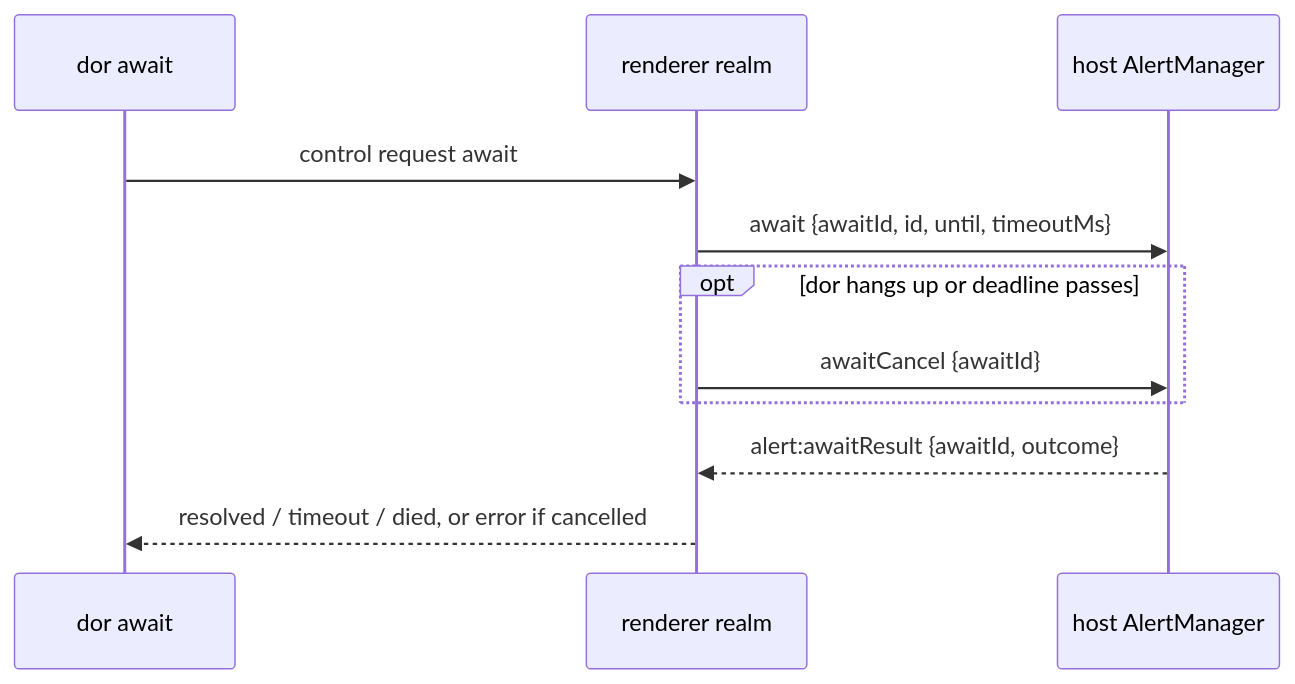
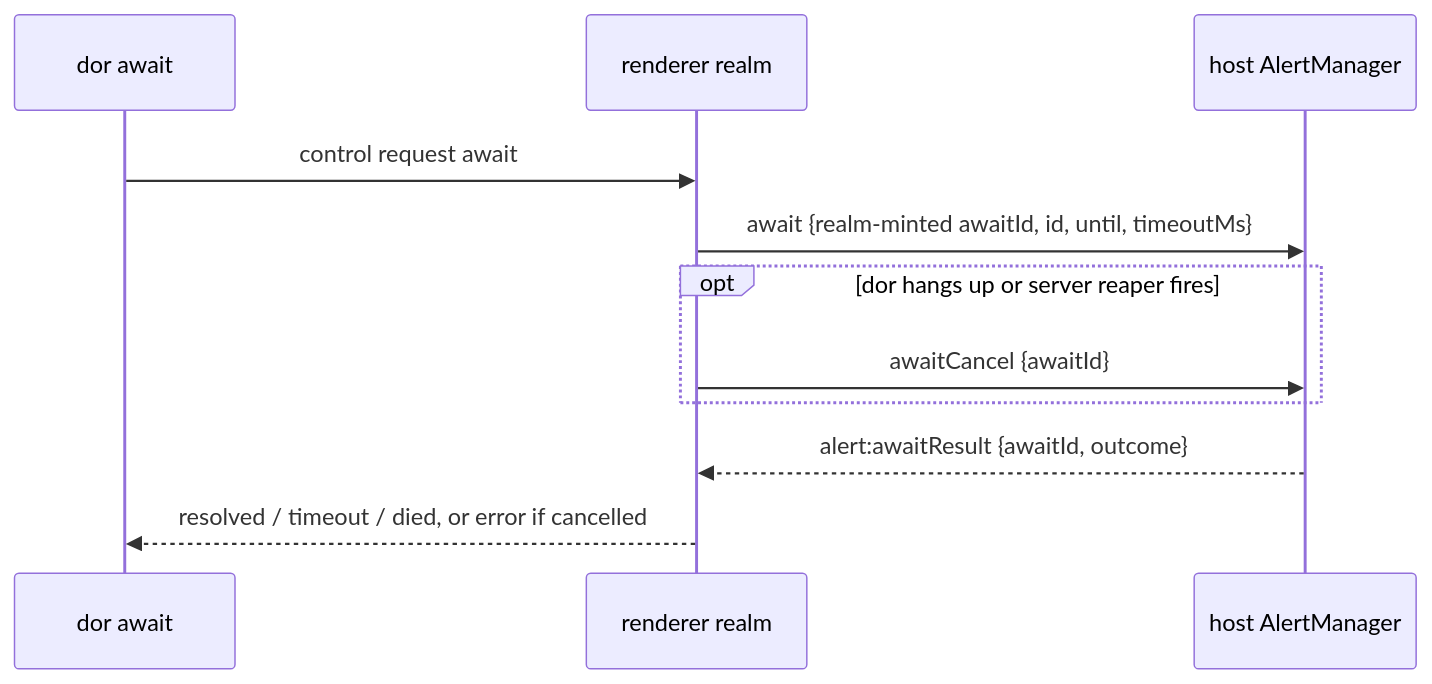
The diagram in docs/specs/alert.md (diffplug/dormouse), drawn with Mermaid before and after one commit.

Commit message:
alert: review fixes to the await diagram
Fixes c960d3952:
- The cancel's trigger is the control server's reaper, not the host's own
  timeoutMs ceiling: "deadline passes" -> "server reaper fires".
- Restore who mints the id: "realm-minted awaitId".

````diff
--- a/docs/specs/alert.md
+++ b/docs/specs/alert.md
@@ -169,13 +169,13 @@
 ```mermaid
 sequenceDiagram
   participant D as dor await
   participant R as renderer realm
   participant H as host AlertManager
   D->>R: control request await
-  R->>H: await {awaitId, id, until, timeoutMs}
-  opt dor hangs up or deadline passes
+  R->>H: await {realm-minted awaitId, id, until, timeoutMs}
+  opt dor hangs up or server reaper fires
     R->>H: awaitCancel {awaitId}
   end
   H-->>R: alert:awaitResult {awaitId, outcome}
   R-->>D: resolved / timeout / died, or error if cancelled
 ```
````
